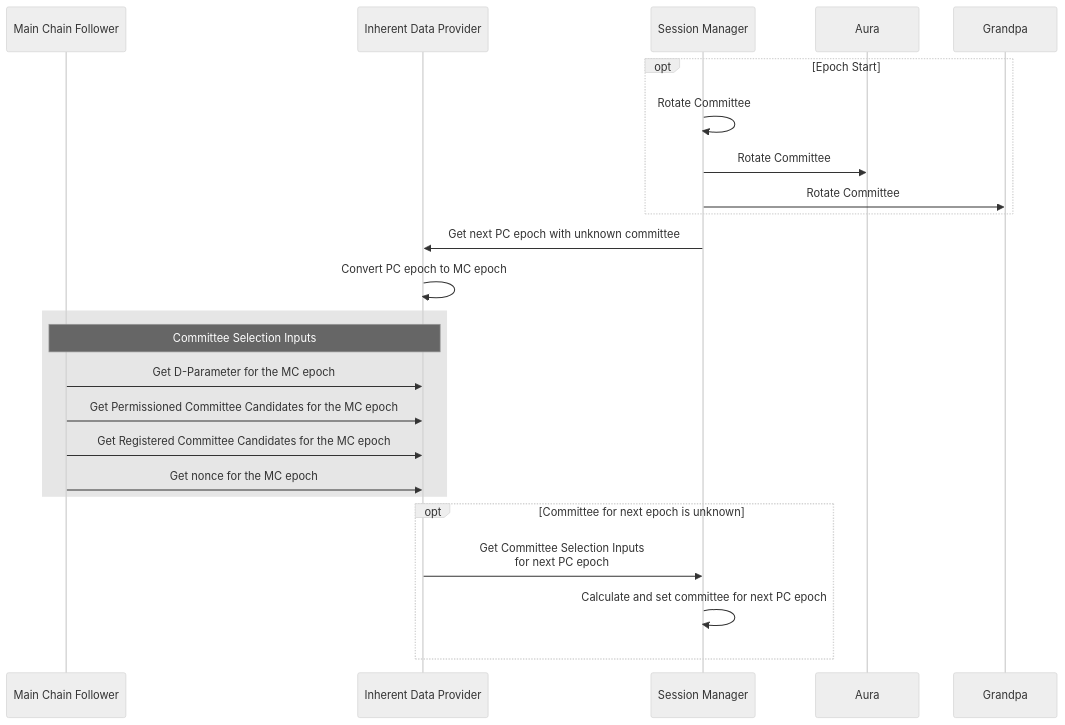
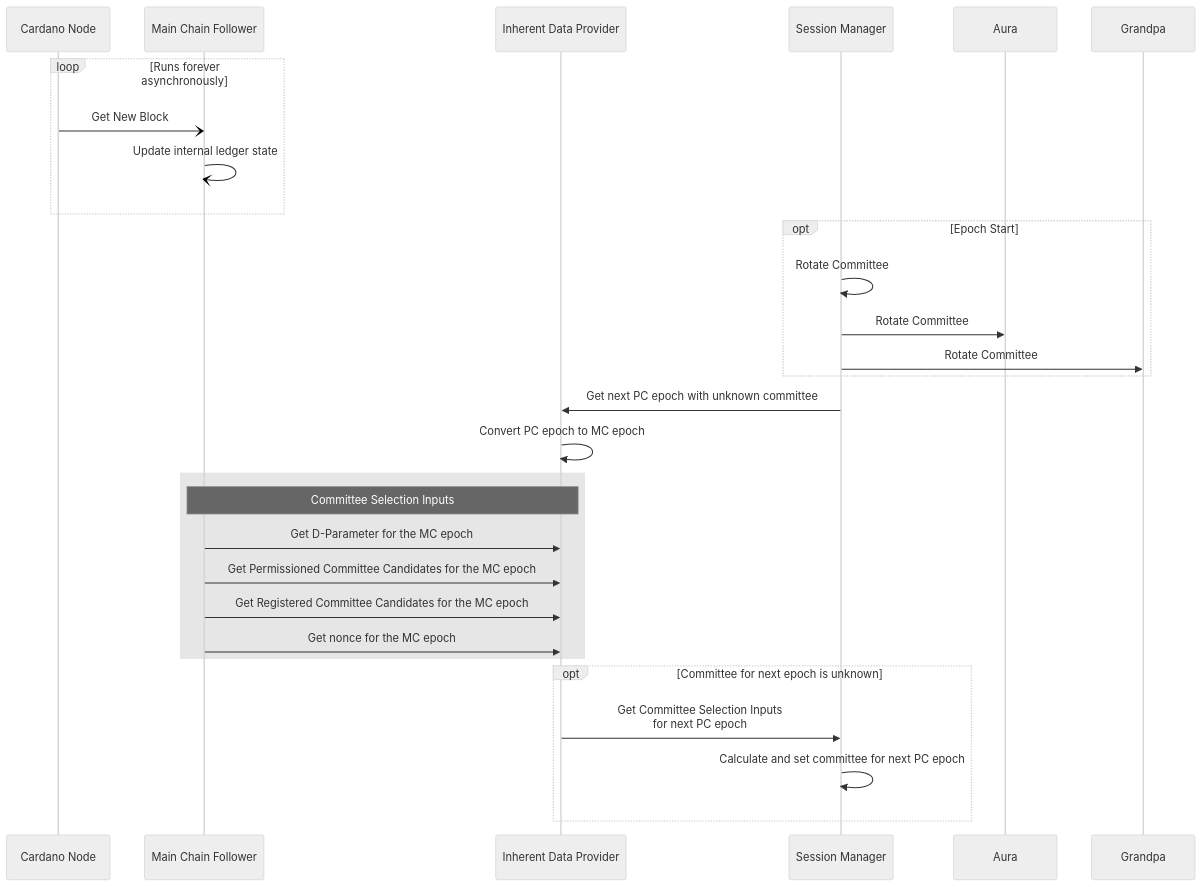
One commit to input-output-hk/partner-chains changed the diagram in docs/diagrams/committee_rotation.mmd. Above: the diagram before and after it, drawn with Mermaid (neutral theme).

Commit message:
docs: add cardano node participant

```diff
--- a/docs/diagrams/committee_rotation.mmd
+++ b/docs/diagrams/committee_rotation.mmd
@@ -1,27 +1,33 @@
 sequenceDiagram
+    participant Mainchain as Cardano Node
     participant Follower as Main Chain Follower
     participant Inherent as Inherent Data Provider
     participant Session as Session Manager
     participant Aura as Aura
     participant Grandpa as Grandpa
 
+    loop Runs forever asynchronously
+        Mainchain-)Follower: Get New Block
+        Follower-)Follower: Update internal ledger state
+    end
+    
     opt Epoch Start
         Session->>Session: Rotate Committee
         Session->>Aura: Rotate Committee
         Session->>Grandpa: Rotate Committee
     end
     Session->>Inherent: Get next PC epoch with unknown committee
     Inherent->>Inherent: Convert PC epoch to MC epoch
 
     rect rgb(230,230,230)
         Note over Follower,Inherent: Committee Selection Inputs
         Follower->>Inherent: Get D-Parameter for the MC epoch
         Follower->>Inherent: Get Permissioned Committee Candidates for the MC epoch
         Follower->>Inherent: Get Registered Committee Candidates for the MC epoch
         Follower->>Inherent: Get nonce for the MC epoch
     end
 
     opt Committee for next epoch is unknown
         Inherent->>Session: Get Committee Selection Inputs<br>for next PC epoch
         Session->>Session: Calculate and set committee for next PC epoch
     end
```
